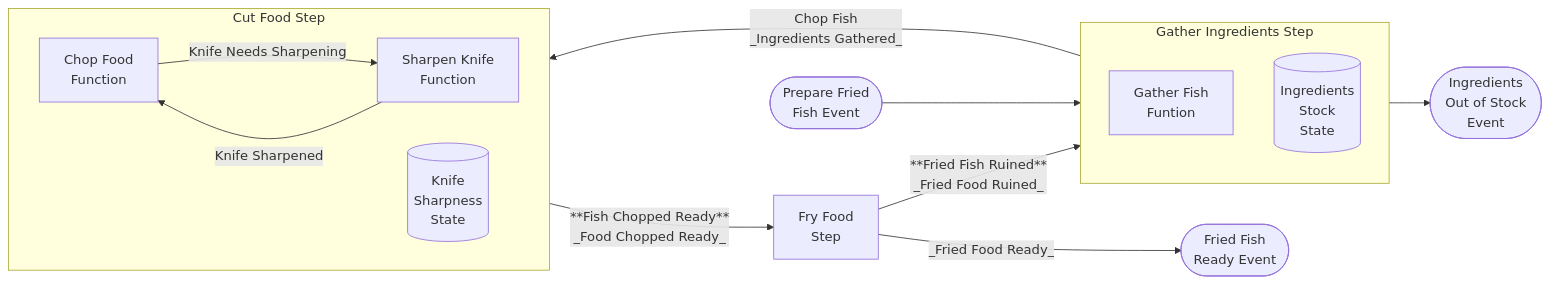
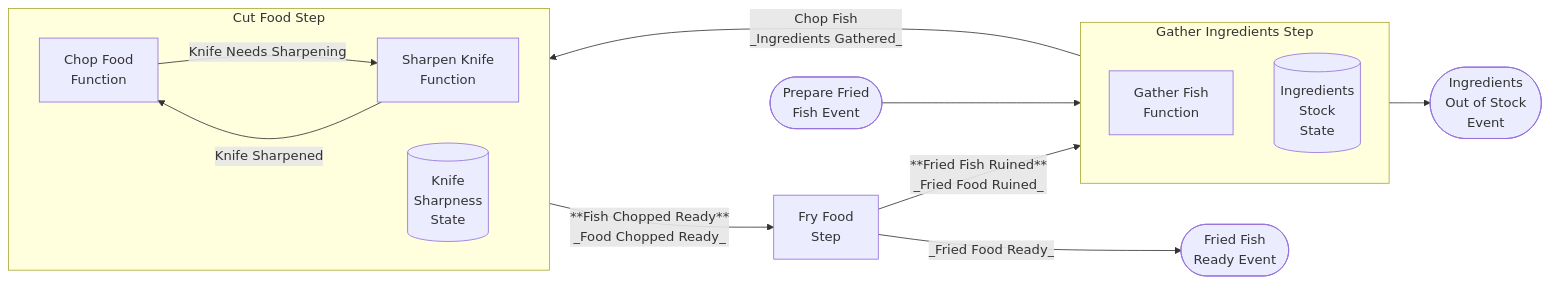
The eighth of 9 diagrams in dotnet/samples/GettingStartedWithProcesses/README.md (microsoft/semantic-kernel), drawn with Mermaid before and after one commit. The commit also changed other lines of this file and 1 other file, not shown here.

````diff
--- a/dotnet/samples/GettingStartedWithProcesses/README.md
+++ b/dotnet/samples/GettingStartedWithProcesses/README.md
@@ -193,29 +193,29 @@
 ``` mermaid
 flowchart LR
     PrepareFriedFishEvent([Prepare Fried <br/> Fish Event])
     FriedFishReadyEvent([Fried Fish <br/> Ready Event])
     OutOfStock([Ingredients <br/> Out of Stock <br/> Event])
 
     FryStep[Fry Food <br/> Step]
 
     subgraph GatherIngredientsStep[Gather Ingredients Step]
-        GatherIngredientsFunction[Gather Fish <br/> Funtion]
+        GatherIngredientsFunction[Gather Fish <br/> Function]
         IngredientsState[(Ingredients <br/> Stock <br/> State)]
     end
     subgraph CutStep ["Cut Food Step"]
         direction LR
         ChopFoodFunction[Chop Food <br/> Function]
         SharpenKnifeFunction[Sharpen Knife <br/> Function]
         CutState[(Knife <br/> Sharpness <br/> State)]
     end
     
     CutStep --> |**Fish Chopped Ready** <br/> _Food Chopped Ready_| FryStep --> |_Fried Food Ready_|FriedFishReadyEvent
     FryStep -->|**Fried Fish Ruined** <br/> _Fried Food Ruined_| GatherIngredientsStep
     GatherIngredientsStep --> OutOfStock
     
     ChopFoodFunction --> |Knife Needs Sharpening| SharpenKnifeFunction
     SharpenKnifeFunction --> |Knife Sharpened| ChopFoodFunction
 
     GatherIngredientsStep -->| Chop Fish <br/> _Ingredients Gathered_ | CutStep
     PrepareFriedFishEvent --> GatherIngredientsStep 
 ```
````
